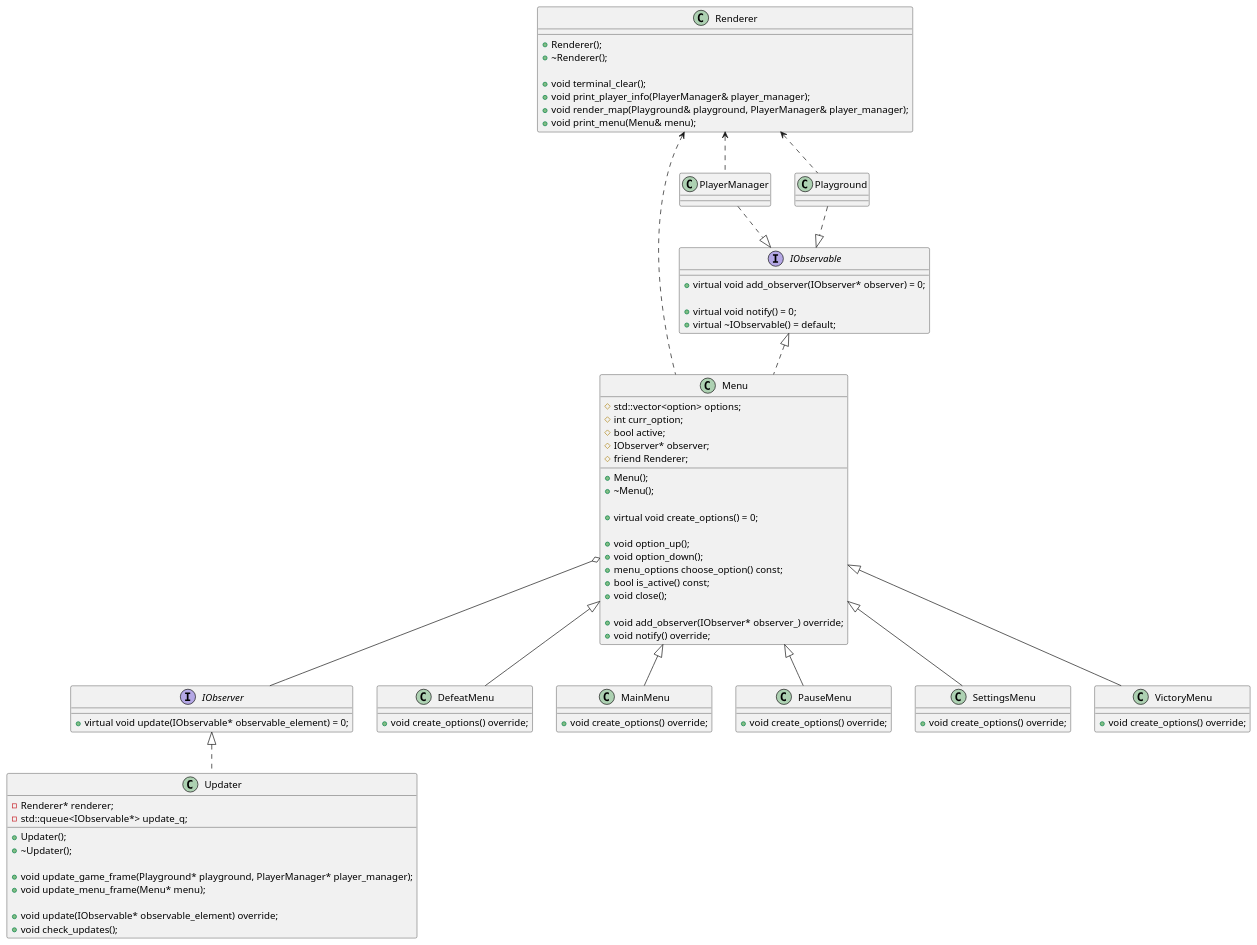
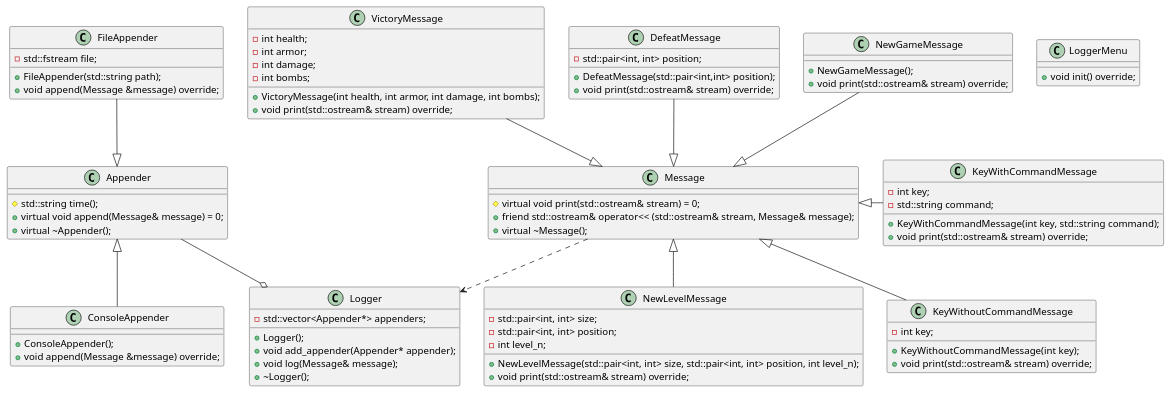
One commit to kirillkarpunin/ultra_gamer_gaming_game changed the diagram in UML.puml. Above: the diagram before and after it, drawn with PlantUML. The commit also changed 8 other files, not shown here.

Commit message:
better console logger

```diff
--- a/UML.puml
+++ b/UML.puml
@@ -1,106 +1,94 @@
 @startuml
 'https://plantuml.com/class-diagram
 
-interface IObservable {
-    +virtual void add_observer(IObserver* observer) = 0;
-
-    +virtual void notify() = 0;
-    +virtual ~IObservable() = default;
+class Logger {
+    -std::vector<Appender*> appenders;
+    +Logger();
+    +void add_appender(Appender* appender);
+    +void log(Message& message);
+    +~Logger();
 }
 
-interface IObserver {
-    +virtual void update(IObservable* observable_element) = 0;
+class Appender {
+    #std::string time();
+    +virtual void append(Message& message) = 0;
+    +virtual ~Appender();
 }
 
-class Menu{
-    #std::vector<option> options;
-    #int curr_option;
-    #bool active;
-    #IObserver* observer;
-    #friend Renderer;
-    +Menu();
-    +~Menu();
-
-    +virtual void create_options() = 0;
-
-    +void option_up();
-    +void option_down();
-    +menu_options choose_option() const;
-    +bool is_active() const;
-    +void close();
-
-    +void add_observer(IObserver* observer_) override;
-    +void notify() override;
+class ConsoleAppender{
+    +ConsoleAppender();
+    +void append(Message &message) override;
 }
 
-class DefeatMenu{
-    +void create_options() override;
+class FileAppender{
+    -std::fstream file;
+    +FileAppender(std::string path);
+    +void append(Message &message) override;
 }
 
-class MainMenu{
-    +void create_options() override;
+FileAppender --|> Appender
+ConsoleAppender -up-|> Appender
+
+Appender --o Logger
+
+class Message{
+    #virtual void print(std::ostream& stream) = 0;
+    +friend std::ostream& operator<< (std::ostream& stream, Message& message);
+    +virtual ~Message();
 }
 
-class PauseMenu{
-    +void create_options() override;
+Message ..> Logger
+
+class VictoryMessage{
+    -int health;
+    -int armor;
+    -int damage;
+    -int bombs;
+    +VictoryMessage(int health, int armor, int damage, int bombs);
+    +void print(std::ostream& stream) override;
 }
 
-class SettingsMenu{
-    + void create_options() override;
+class DefeatMessage{
+    -std::pair<int, int> position;
+    +DefeatMessage(std::pair<int,int> position);
+    +void print(std::ostream& stream) override;
 }
 
-class VictoryMenu{
-    + void create_options() override;
+class NewGameMessage{
+    +NewGameMessage();
+    +void print(std::ostream& stream) override;
 }
 
-class Updater{
-    -Renderer* renderer;
-    -std::queue<IObservable*> update_q;
-
-    +Updater();
-    +~Updater();
-
-    +void update_game_frame(Playground* playground, PlayerManager* player_manager);
-    +void update_menu_frame(Menu* menu);
-
-    +void update(IObservable* observable_element) override;
-    +void check_updates();
+class NewLevelMessage{
+    -std::pair<int, int> size;
+    -std::pair<int, int> position;
+    -int level_n;
+    +NewLevelMessage(std::pair<int, int> size, std::pair<int, int> position, int level_n);
+    +void print(std::ostream& stream) override;
 }
 
-class PlayerManager{
+class KeyWithCommandMessage{
+    -int key;
+    -std::string command;
+    +KeyWithCommandMessage(int key, std::string command);
+    +void print(std::ostream& stream) override;
 }
 
-
-class Playground{
+class KeyWithoutCommandMessage{
+    -int key;
+    +KeyWithoutCommandMessage(int key);
+    +void print(std::ostream& stream) override;
 }
 
-top to bottom direction
+VictoryMessage -down-|> Message
+DefeatMessage -down-|> Message
+NewGameMessage -down-|> Message
+NewLevelMessage -up-|> Message
+KeyWithCommandMessage -left-|> Message
+KeyWithoutCommandMessage -up-|> Message
 
-
-IObserver <|.. Updater
-Menu o-- IObserver
-IObservable <|.. Menu
-Menu <|-- PauseMenu
-Menu <|-- MainMenu
-Menu <|-- DefeatMenu
-Menu <|-- SettingsMenu
-Menu <|-- VictoryMenu
-PlayerManager ..|> IObservable
-Playground ..|> IObservable
-
-class Renderer {
-    +Renderer();
-    +~Renderer();
-
-    +void terminal_clear();
-    +void print_player_info(PlayerManager& player_manager);
-    +void render_map(Playground& playground, PlayerManager& player_manager);
-    +void print_menu(Menu& menu);
+class LoggerMenu{
+    +void init() override;
 }
 
-Renderer <.. Menu
-Renderer <.. PlayerManager
-Renderer <.. Playground
-
-
 @enduml
```
